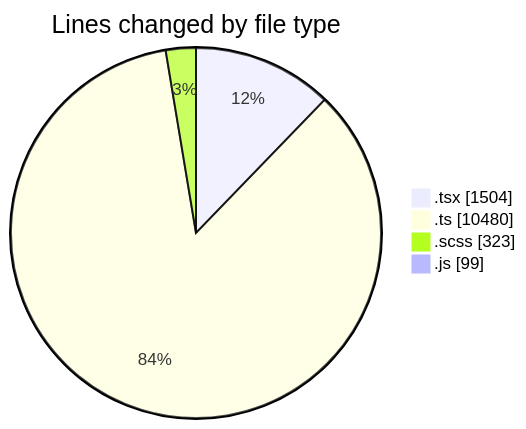
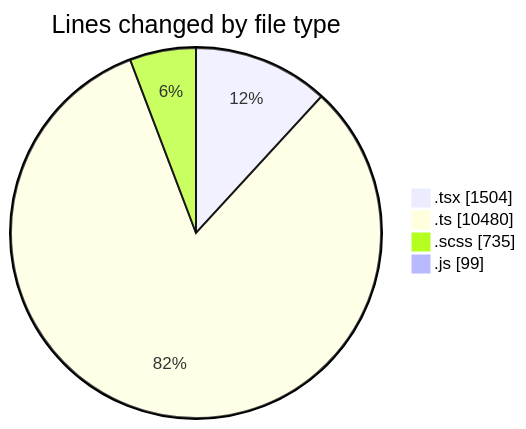
The first of 2 diagrams in 2025-03-26/cda/README.md (momahboobian/code-tracking), drawn with Mermaid before and after one commit. The commit also changed other lines of this file and 1 other file, not shown here.

````diff
--- a/2025-03-26/cda/README.md
+++ b/2025-03-26/cda/README.md
@@ -44,8 +44,8 @@
 ```mermaid
 pie showData
 title Lines changed by file type
 ".tsx" : 1504
 ".ts" : 10480
-".scss" : 323
+".scss" : 735
 ".js" : 99
 ```
````
